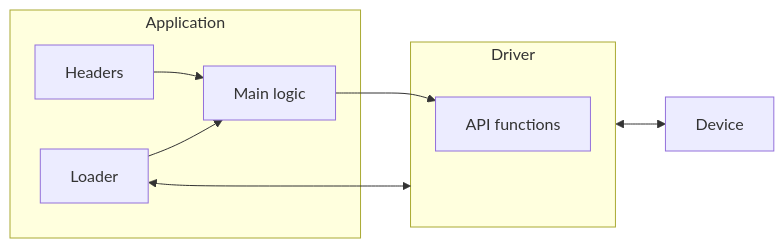
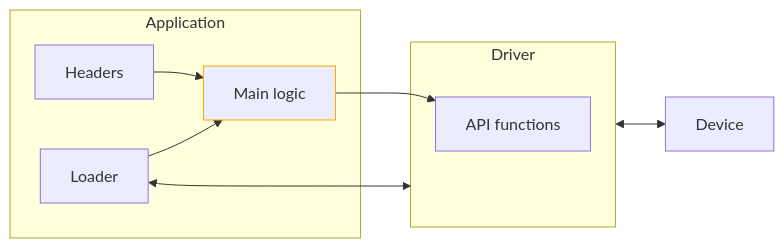
Before and after one commit to Vitaljok/cg-demo: the fifth of 6 diagrams in slides/src/01_hello_triangle.md, drawn with Mermaid. The commit also changed other lines of this file and 12 other files, not shown here.

````diff
--- a/slides/src/01_hello_triangle.md
+++ b/slides/src/01_hello_triangle.md
@@ -330,21 +367,23 @@
 ```mermaid
 flowchart LR
 
 subgraph app[Application]
   hdr[Headers]
   ldr[Loader]
   main[Main logic]
 end
 
 subgraph drv[Driver]
   api[API functions]
 end
 
 ldr <---> drv
 hdr --> main
 ldr --> main
 main --> api
 
 drv <--> Device
 
+style main stroke:orange;
+
 ```
````
